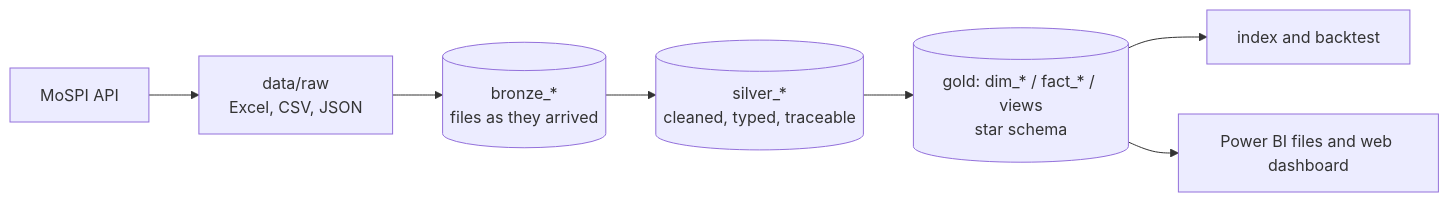
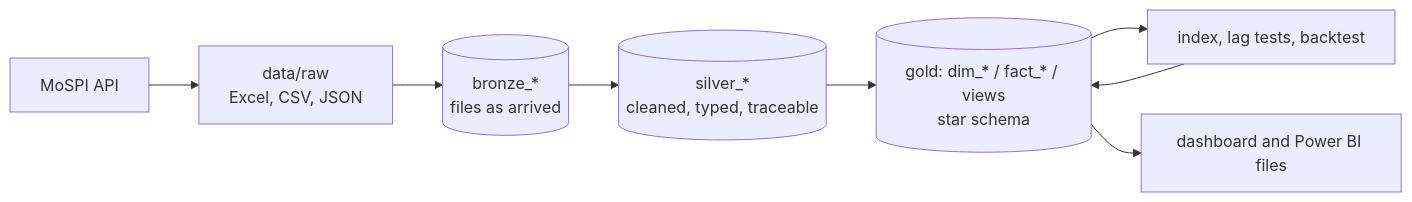
The first of 2 diagrams in README.md (OmegaZeroG/india-economic-pulse), drawn with Mermaid before and after one commit. The commit also changed other lines of this file, not shown here.

````diff
--- a/README.md
+++ b/README.md
@@ -33,9 +84,10 @@
 ```mermaid
 flowchart LR
-  RAW["data/raw<br/>Excel, CSV, JSON"] --> B[("bronze_*<br/>files as they arrived")]
+  RAW["data/raw<br/>Excel, CSV, JSON"] --> B[("bronze_*<br/>files as arrived")]
   API["MoSPI API"] --> RAW
   B --> S[("silver_*<br/>cleaned, typed, traceable")]
   S --> G[("gold: dim_* / fact_* / views<br/>star schema")]
-  G --> A["index and backtest"]
-  G --> P["Power BI files and web dashboard"]
+  G --> A["index, lag tests, backtest"]
+  A --> G
+  G --> P["dashboard and Power BI files"]
 ```
````
